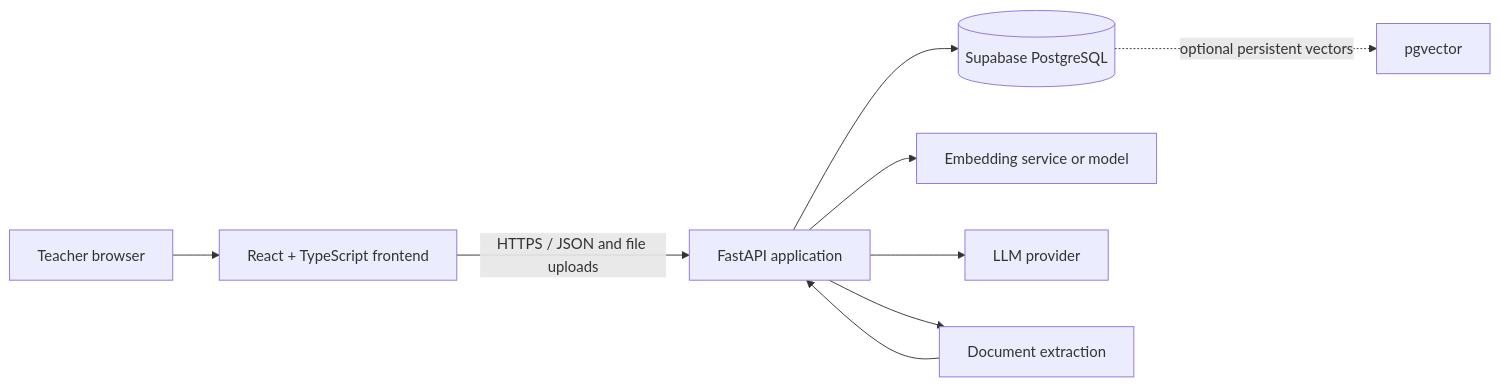
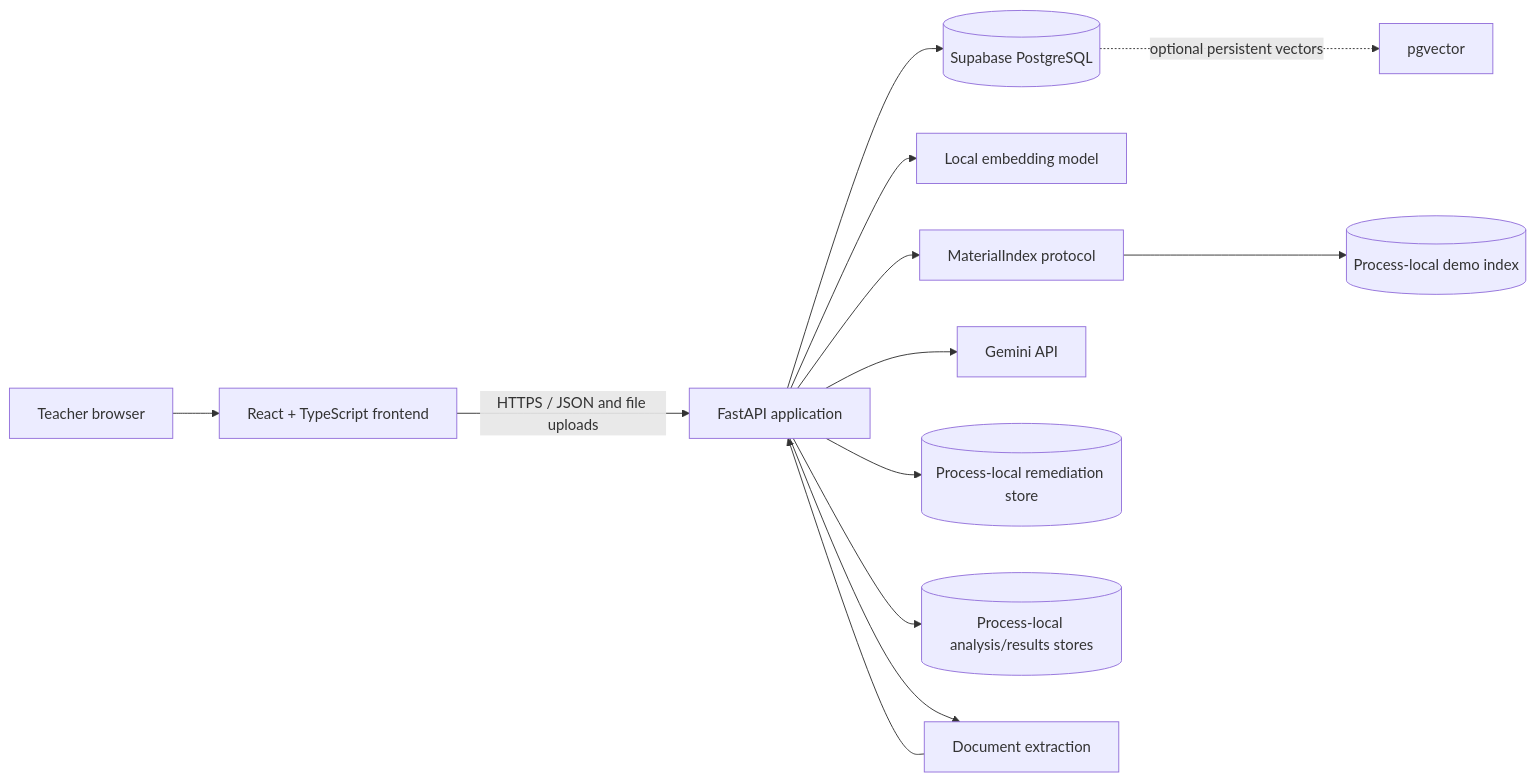
One commit to rayubaldo44/classlens changed the diagram in docs/ARCHITECTURE.md. Above: the diagram before and after it, drawn with Mermaid. The commit also changed other lines of this file and 80 other files, not shown here.

````diff
--- a/docs/ARCHITECTURE.md
+++ b/docs/ARCHITECTURE.md
@@ -7,11 +7,15 @@
 ```mermaid
 flowchart LR
     T[Teacher browser] --> F[React + TypeScript frontend]
     F -->|HTTPS / JSON and file uploads| A[FastAPI application]
     A --> D[(Supabase PostgreSQL)]
-    A --> E[Embedding service or model]
-    A --> L[LLM provider]
+    A --> E[Local embedding model]
+    A --> I[MaterialIndex protocol]
+    I --> IM[(Process-local demo index)]
+    A --> L[Gemini API]
+    A --> R[(Process-local remediation store)]
+    A --> S[(Process-local analysis/results stores)]
     A --> X[Document extraction]
     D -. optional persistent vectors .-> V[pgvector]
     X --> A
 ```
````
